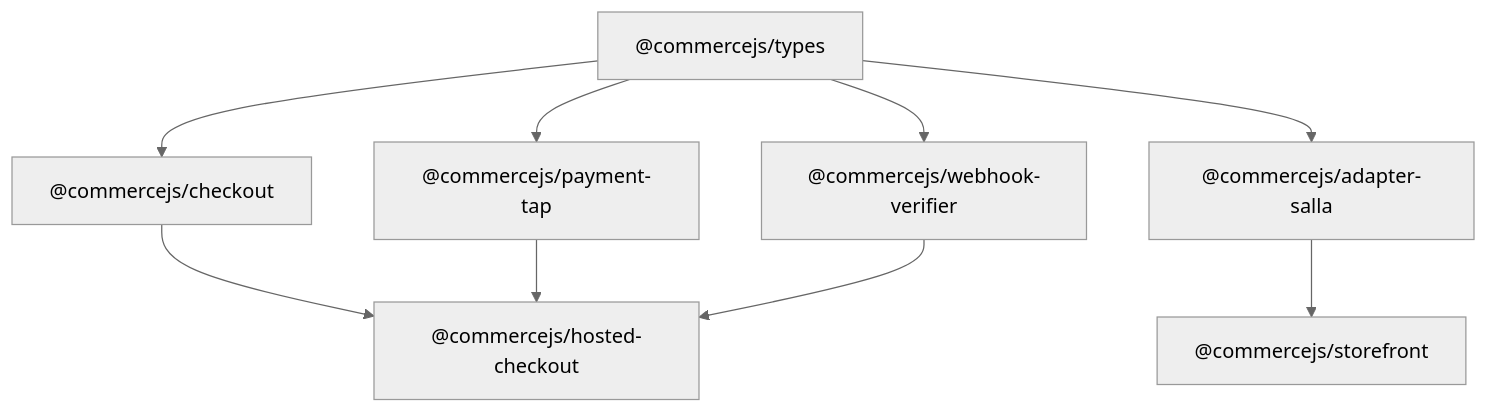
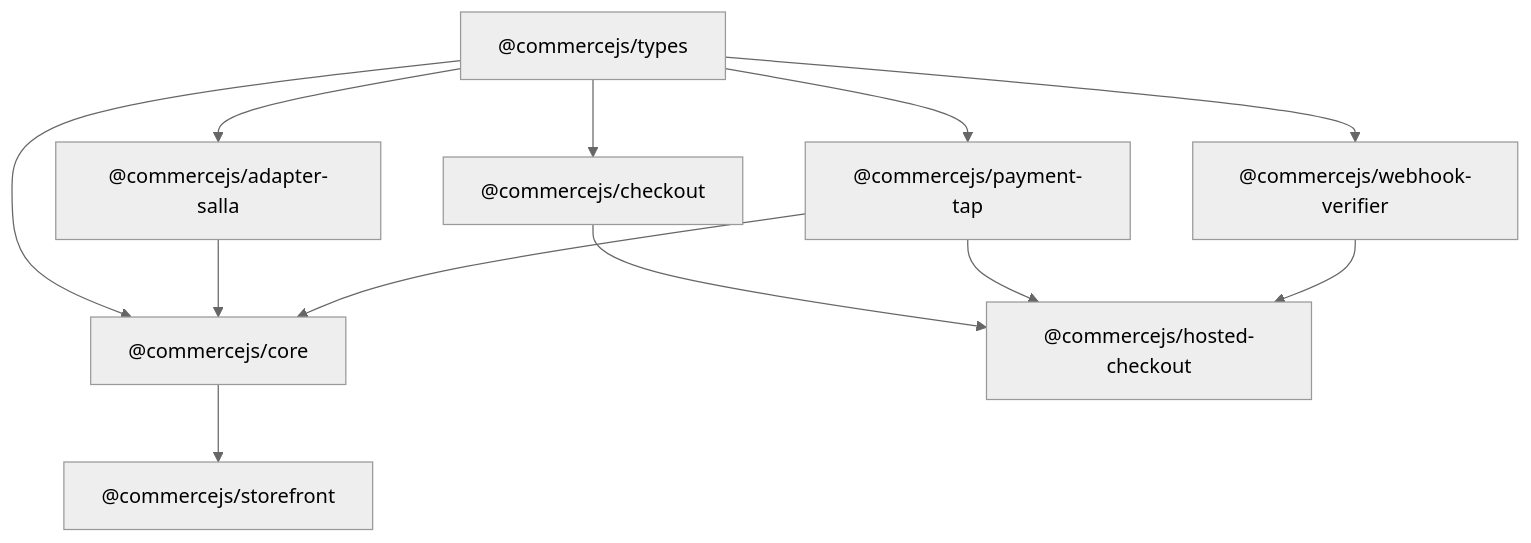
One commit to commerce-js/commerce.js changed the diagram in packages/docs/content/2.architecture/1.overview.md. Above: the diagram before and after it, drawn with Mermaid (neutral theme). The commit also changed other lines of this file and 138 other files, not shown here.

````diff
--- a/packages/docs/content/2.architecture/1.overview.md
+++ b/packages/docs/content/2.architecture/1.overview.md
@@ -12,11 +12,14 @@
 ```mermaid
 graph TD
     A["@commercejs/types"] --> B["@commercejs/checkout"]
     A --> C["@commercejs/payment-tap"]
     A --> D["@commercejs/adapter-salla"]
     A --> E["@commercejs/webhook-verifier"]
+    A --> H["@commercejs/core"]
+    D --> H
+    C --> H
     B --> F["@commercejs/hosted-checkout"]
     C --> F
     E --> F
-    D --> G["@commercejs/storefront"]
+    H --> G["@commercejs/storefront"]
 ```
````
